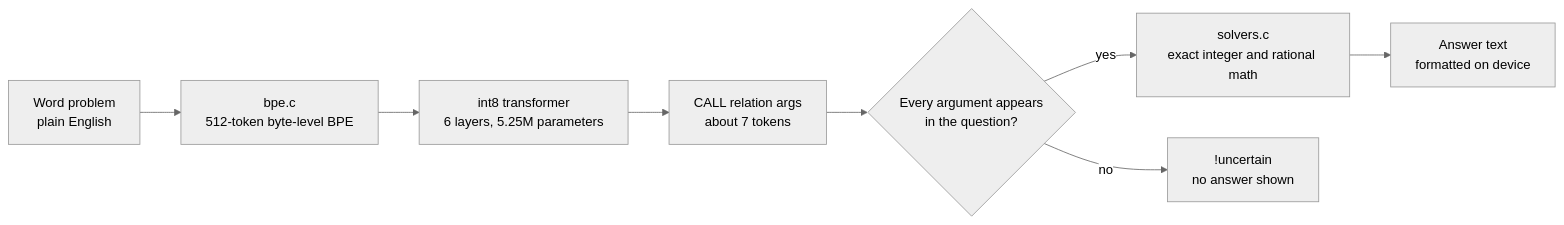
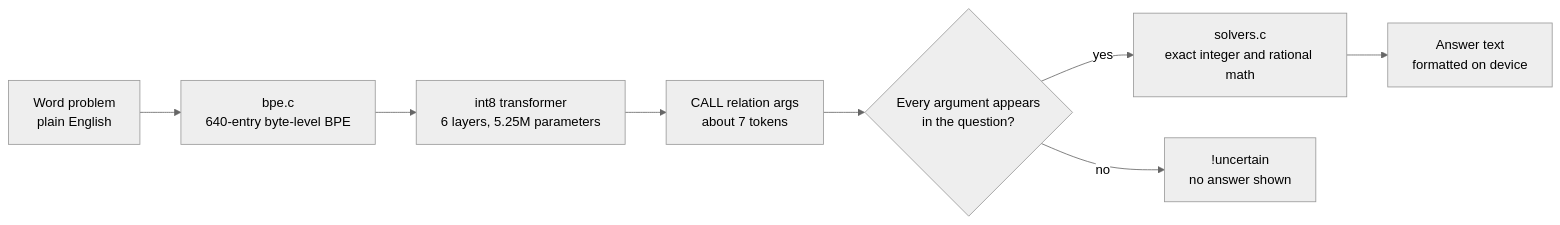
Before and after one commit to exterminatorrat/NdlessAI: the first of 2 diagrams in README.md, drawn with Mermaid (neutral theme). The commit also changed other lines of this file and 6 other files, not shown here.

````diff
--- a/README.md
+++ b/README.md
@@ -15,10 +15,10 @@
 ```mermaid
 flowchart LR
-  Q["Word problem<br/>plain English"] --> T["bpe.c<br/>512-token byte-level BPE"]
+  Q["Word problem<br/>plain English"] --> T["bpe.c<br/>640-entry byte-level BPE"]
   T --> M["int8 transformer<br/>6 layers, 5.25M parameters"]
   M --> C["CALL relation args<br/>about 7 tokens"]
   C --> G{"Every argument appears<br/>in the question?"}
   G -- yes --> S["solvers.c<br/>exact integer and rational math"]
   G -- no --> R["!uncertain<br/>no answer shown"]
   S --> A["Answer text<br/>formatted on device"]
 ```
````
